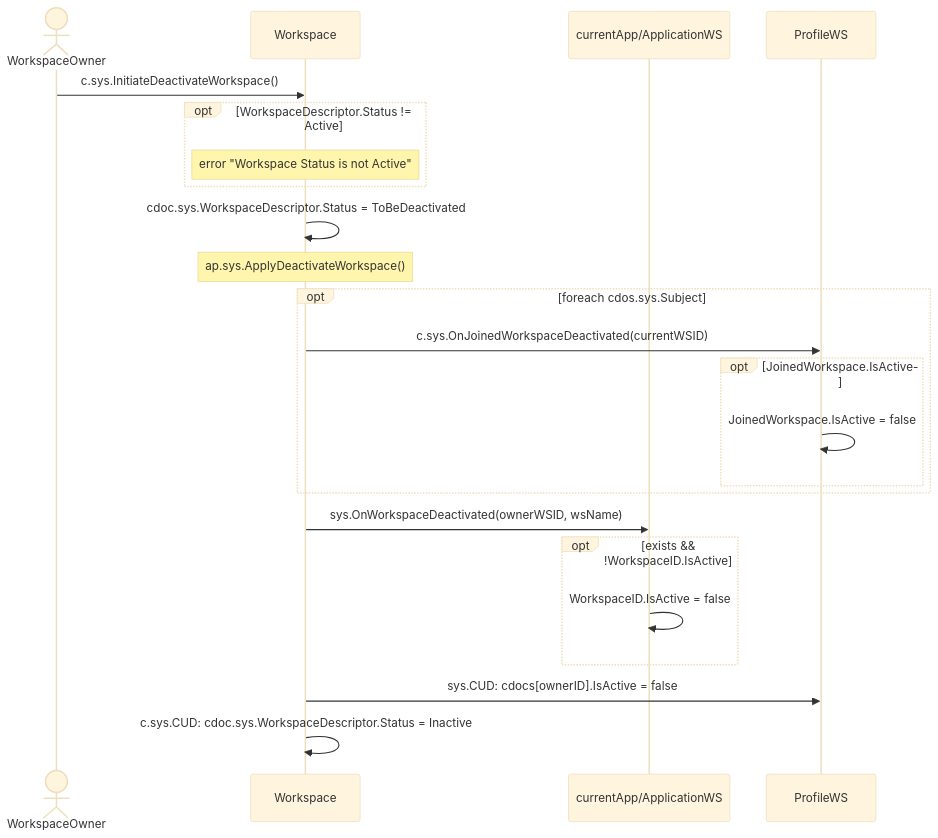
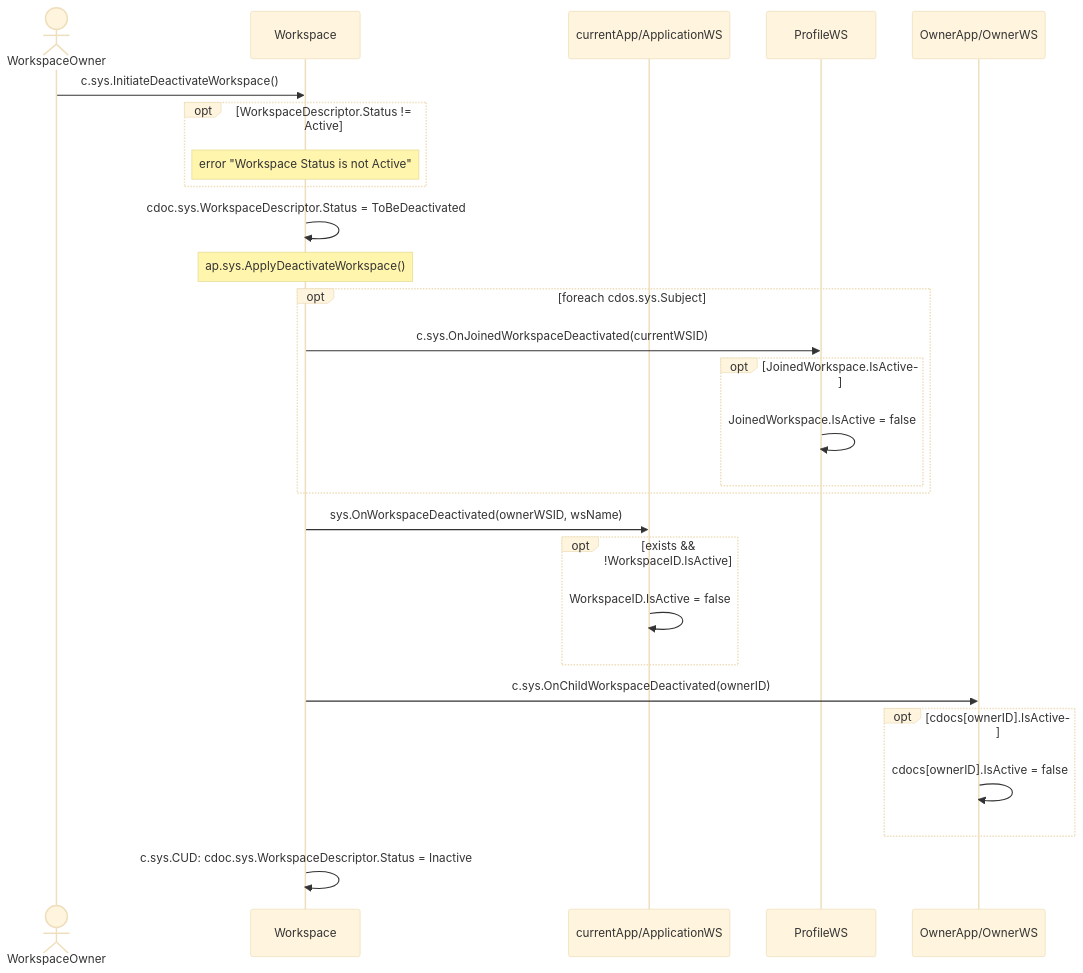
One commit to voedger/voedger changed the diagram in design/workspaces/deactivate-workspace.md. Above: the diagram before and after it, drawn with Mermaid (base theme). The commit also changed other lines of this file and 6 other files, not shown here.

````diff
--- a/design/workspaces/deactivate-workspace.md
+++ b/design/workspaces/deactivate-workspace.md
@@ -29,33 +27,36 @@
 ```mermaid
     sequenceDiagram
 
     actor owner as WorkspaceOwner
     participant ws as Workspace
     participant appws as currentApp/ApplicationWS
     participant profile as ProfileWS
+    participant ownerWS as OwnerApp/OwnerWS
 
     owner ->> ws: c.sys.InitiateDeactivateWorkspace()
     opt WorkspaceDescriptor.Status != Active
       note over ws: error "Workspace Status is not Active"
     end
 
     ws ->> ws: cdoc.sys.WorkspaceDescriptor.Status = ToBeDeactivated
 
     note over ws: ap.sys.ApplyDeactivateWorkspace()
     opt foreach cdos.sys.Subject
       ws ->> profile: c.sys.OnJoinedWorkspaceDeactivated(currentWSID)
       opt JoinedWorkspace.IsActive
         profile ->> profile: JoinedWorkspace.IsActive = false
       end
     end
 
     ws ->> appws: sys.OnWorkspaceDeactivated(ownerWSID, wsName)
     opt exists && !WorkspaceID.IsActive
       appws ->> appws: WorkspaceID.IsActive = false
     end
 
-    ws ->> profile: sys.CUD: cdocs[ownerID].IsActive = false
+    ws ->> ownerWS: c.sys.OnChildWorkspaceDeactivated(ownerID)
+    opt cdocs[ownerID].IsActive
+      ownerWS ->> ownerWS: cdocs[ownerID].IsActive = false
+    end
 
     ws ->> ws: c.sys.CUD: cdoc.sys.WorkspaceDescriptor.Status = Inactive
-
 ```
````
